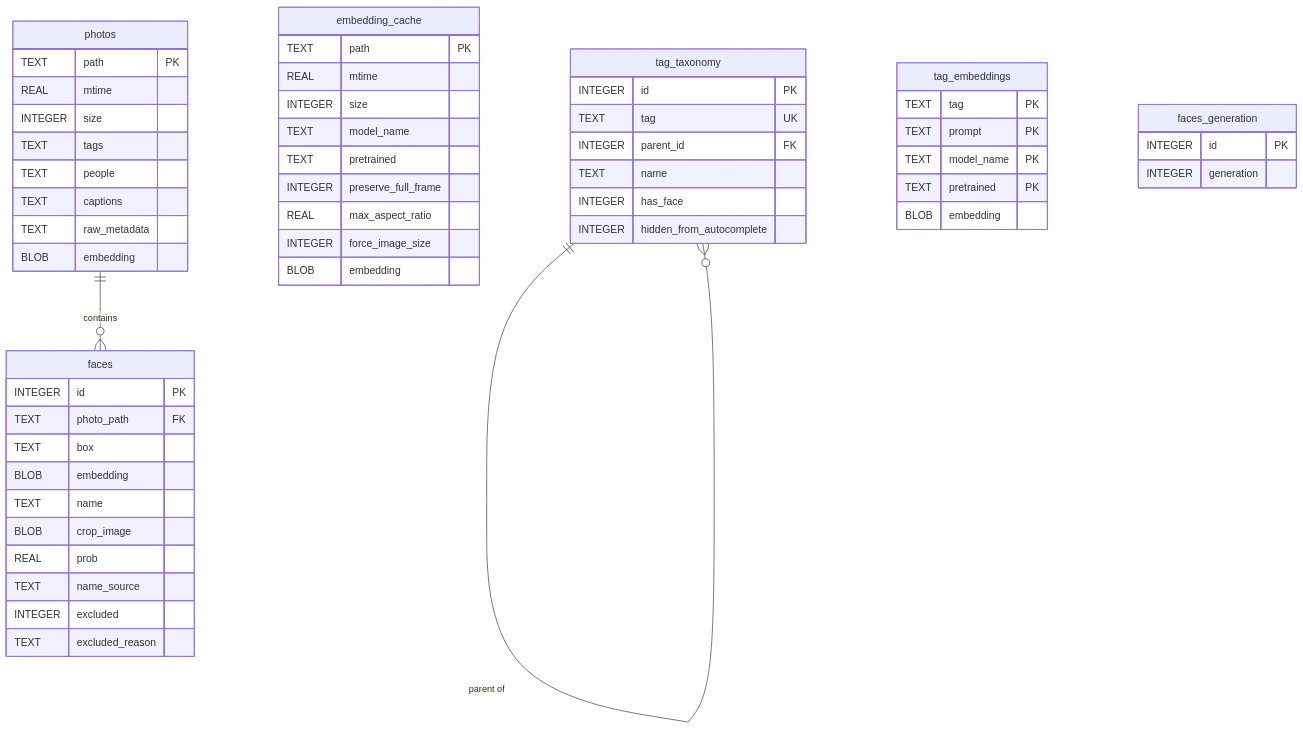
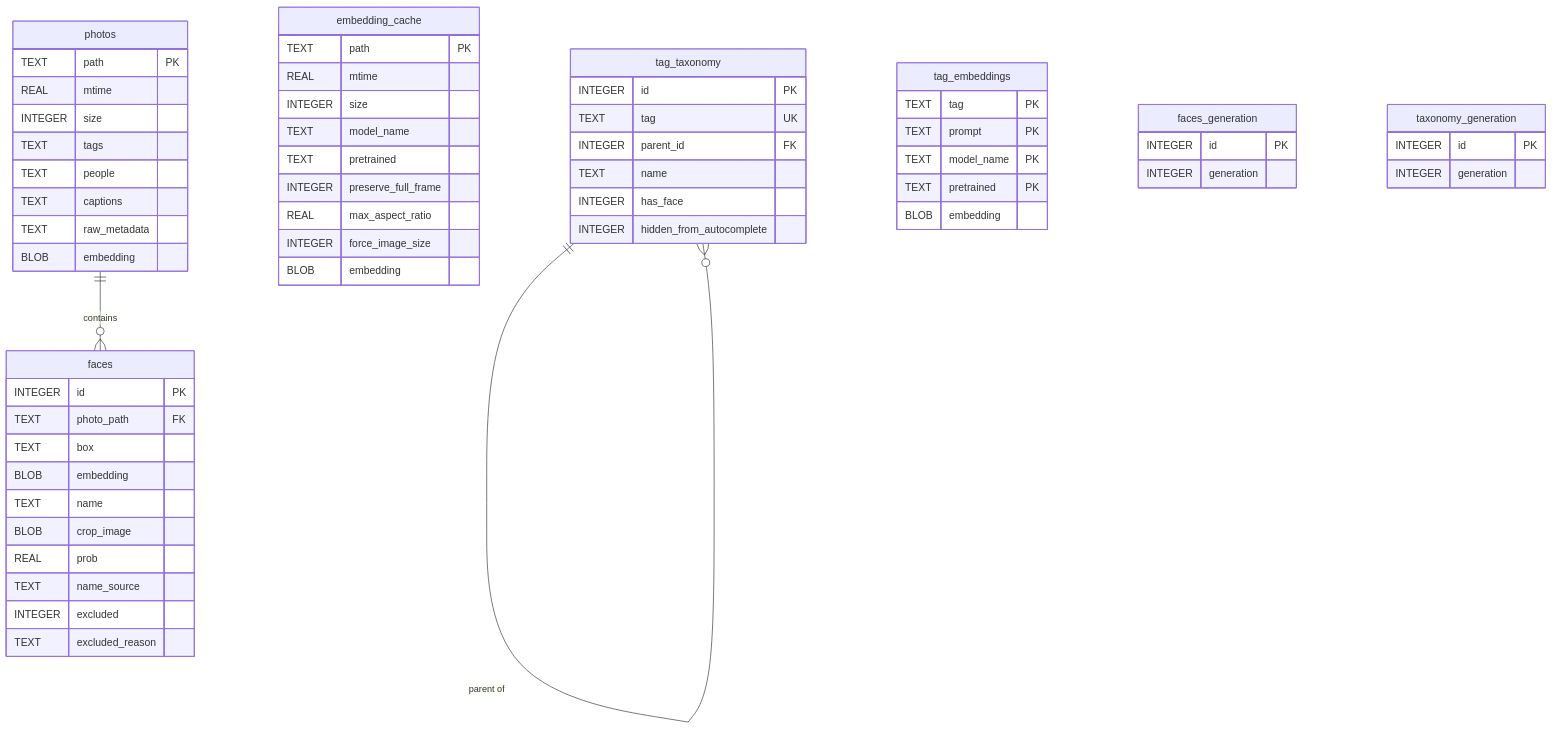
The first of 2 diagrams in DATABASE.md (Wizoi/TagPup), drawn with Mermaid before and after one commit. The commit also changed other lines of this file and 4 other files, not shown here.

````diff
--- a/DATABASE.md
+++ b/DATABASE.md
@@ -139,63 +147,68 @@
 ```mermaid
 erDiagram
     photos {
         TEXT path PK
         REAL mtime
         INTEGER size
         TEXT tags
         TEXT people
         TEXT captions
         TEXT raw_metadata
         BLOB embedding
     }
     
     faces {
         INTEGER id PK
         TEXT photo_path FK
         TEXT box
         BLOB embedding
         TEXT name
         BLOB crop_image
         REAL prob
         TEXT name_source
         INTEGER excluded
         TEXT excluded_reason
     }
     
     embedding_cache {
         TEXT path PK
         REAL mtime
         INTEGER size
         TEXT model_name
         TEXT pretrained
         INTEGER preserve_full_frame
         REAL max_aspect_ratio
         INTEGER force_image_size
         BLOB embedding
     }
 
     tag_taxonomy {
         INTEGER id PK
         TEXT tag UK
         INTEGER parent_id FK
         TEXT name
         INTEGER has_face
         INTEGER hidden_from_autocomplete
     }
 
     tag_embeddings {
         TEXT tag PK
         TEXT prompt PK
         TEXT model_name PK
         TEXT pretrained PK
         BLOB embedding
     }
 
     faces_generation {
         INTEGER id PK
         INTEGER generation
     }
 
+    taxonomy_generation {
+        INTEGER id PK
+        INTEGER generation
+    }
+
     photos ||--o{ faces : "contains"
     tag_taxonomy ||--o{ tag_taxonomy : "parent of"
 ```
````
